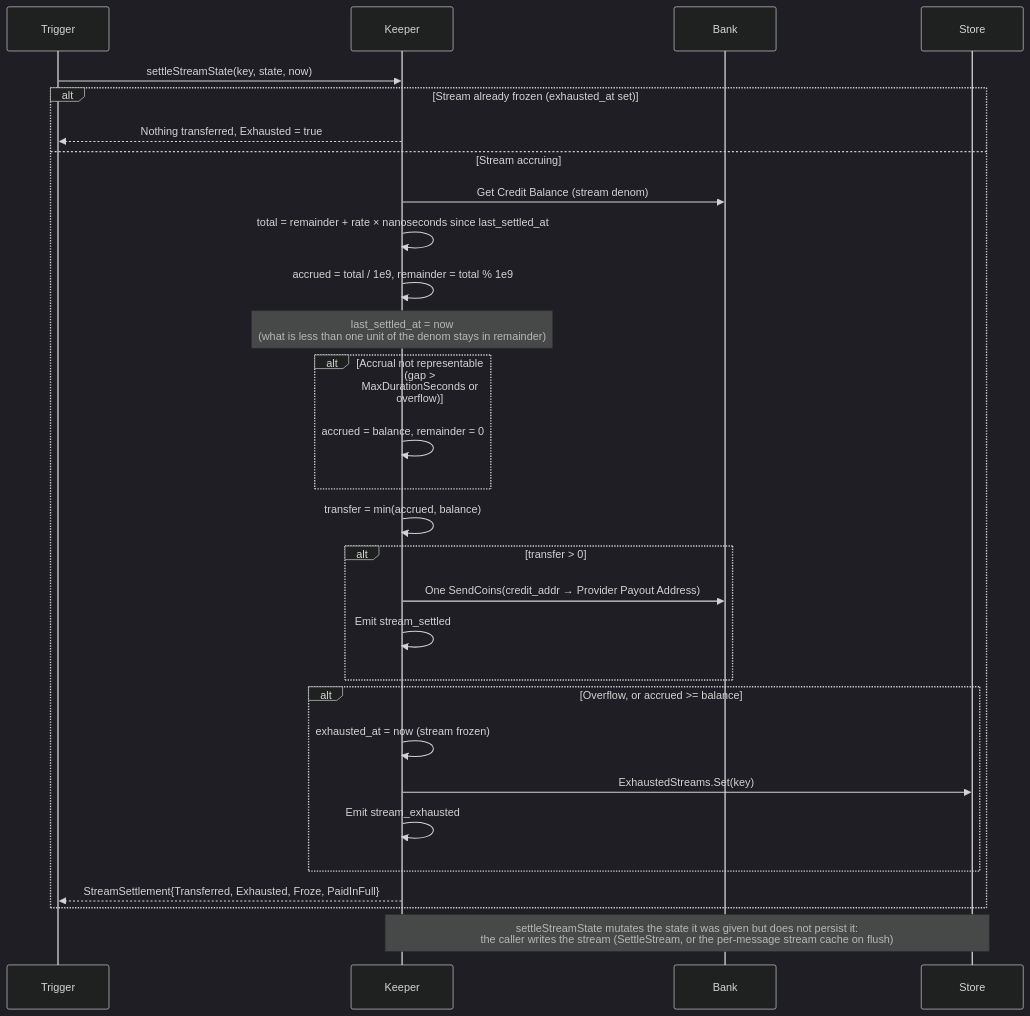
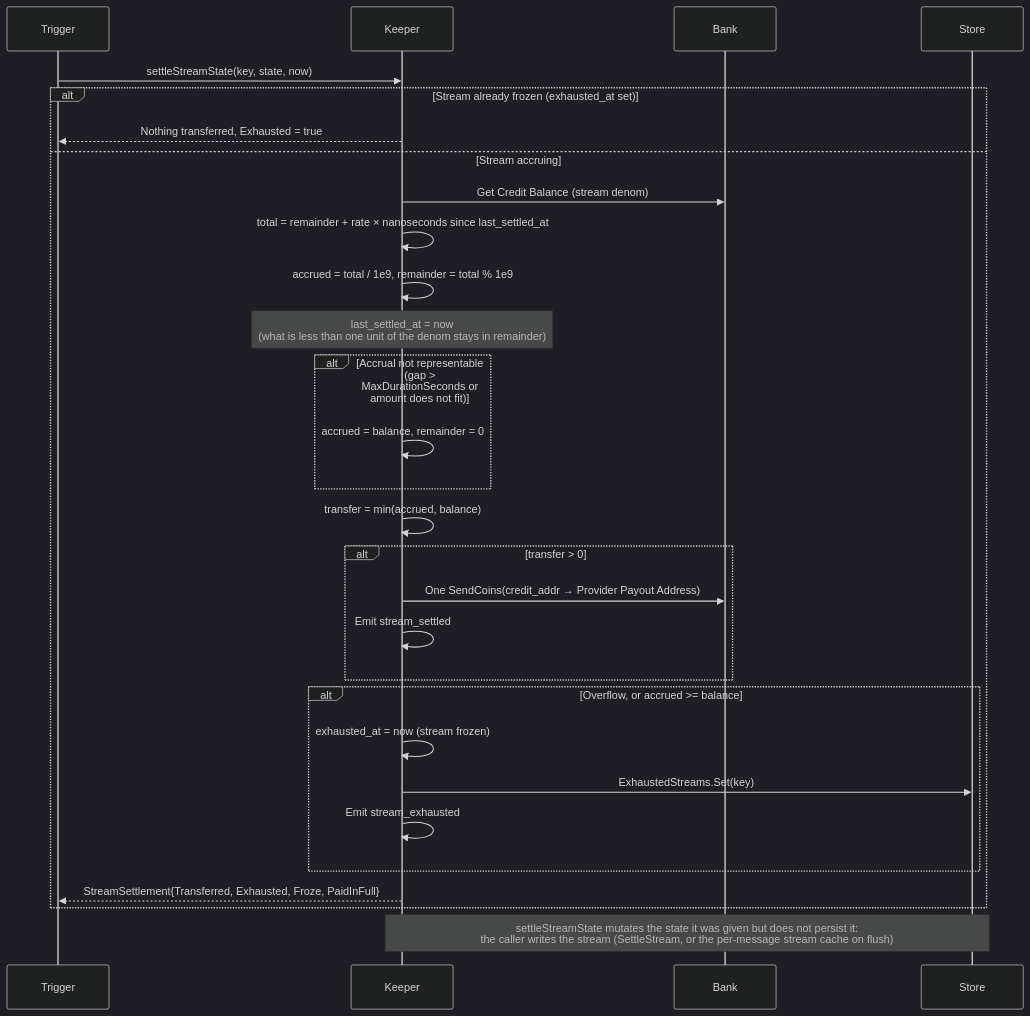
One commit to manifest-network/manifest-ledger changed the ninth of 13 diagrams in x/billing/docs/ARCHITECTURE.md. Above: the diagram before and after it, drawn with Mermaid (dark theme). The commit also changed other lines of this file and 22 other files, not shown here.

````diff
--- a/x/billing/docs/ARCHITECTURE.md
+++ b/x/billing/docs/ARCHITECTURE.md
@@ -463,39 +465,39 @@
 ```mermaid
 sequenceDiagram
     participant Trigger
     participant Keeper
     participant Bank
     participant Store
     
     Trigger->>Keeper: settleStreamState(key, state, now)
     
     alt Stream already frozen (exhausted_at set)
         Keeper-->>Trigger: Nothing transferred, Exhausted = true
     else Stream accruing
         Keeper->>Bank: Get Credit Balance (stream denom)
         Keeper->>Keeper: total = remainder + rate × nanoseconds since last_settled_at
         Keeper->>Keeper: accrued = total / 1e9, remainder = total % 1e9
         Note over Keeper: last_settled_at = now<br/>(what is less than one unit of the denom stays in remainder)
         
-        alt Accrual not representable (gap > MaxDurationSeconds or overflow)
+        alt Accrual not representable (gap > MaxDurationSeconds or amount does not fit)
             Keeper->>Keeper: accrued = balance, remainder = 0
         end
         
         Keeper->>Keeper: transfer = min(accrued, balance)
         
         alt transfer > 0
             Keeper->>Bank: One SendCoins(credit_addr → Provider Payout Address)
             Keeper->>Keeper: Emit stream_settled
         end
         
         alt Overflow, or accrued >= balance
             Keeper->>Keeper: exhausted_at = now (stream frozen)
             Keeper->>Store: ExhaustedStreams.Set(key)
             Keeper->>Keeper: Emit stream_exhausted
         end
         
         Keeper-->>Trigger: StreamSettlement{Transferred, Exhausted, Froze, PaidInFull}
     end
     
     Note over Keeper,Store: settleStreamState mutates the state it was given but does not persist it:<br/>the caller writes the stream (SettleStream, or the per-message stream cache on flush)
 ```
````
